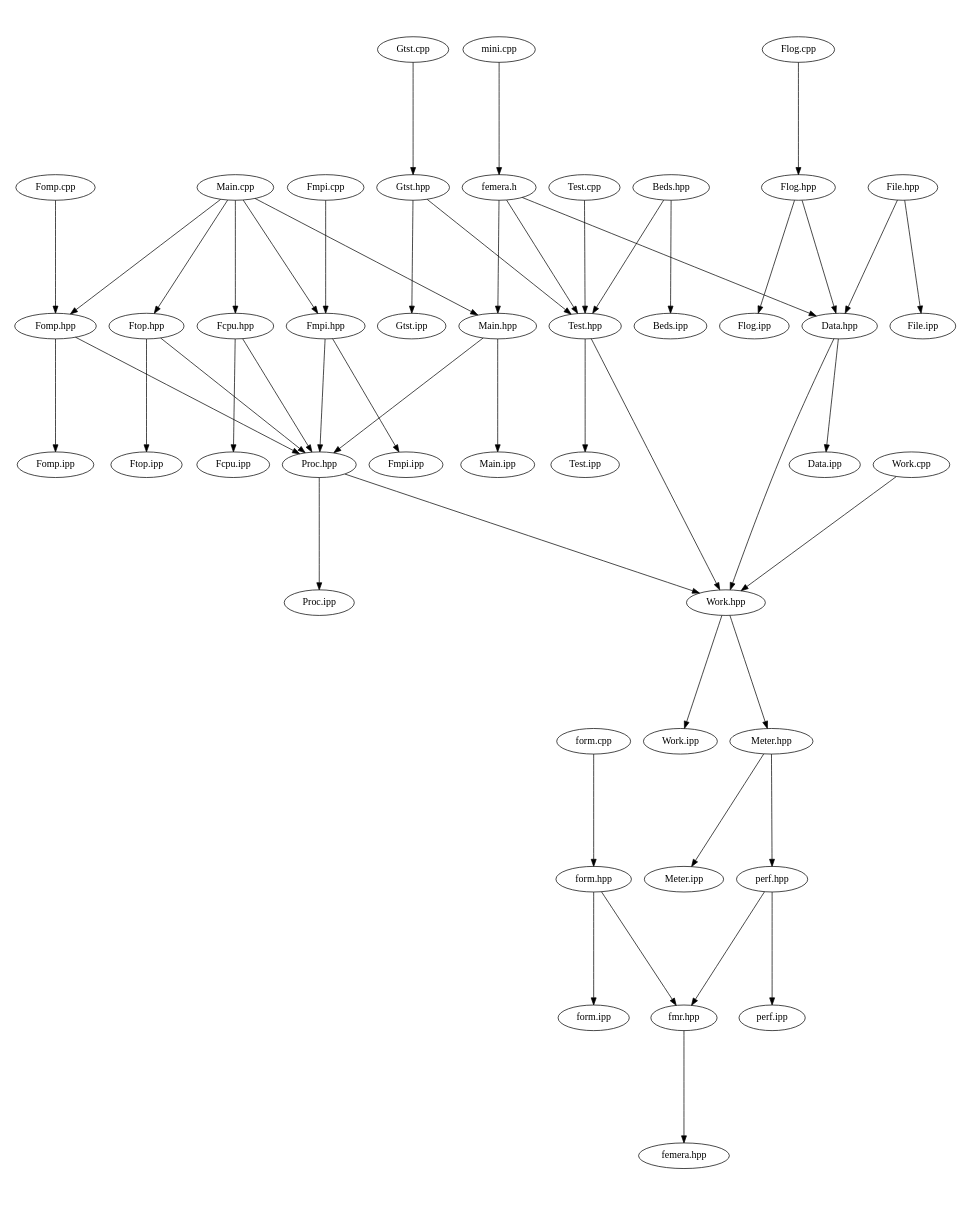
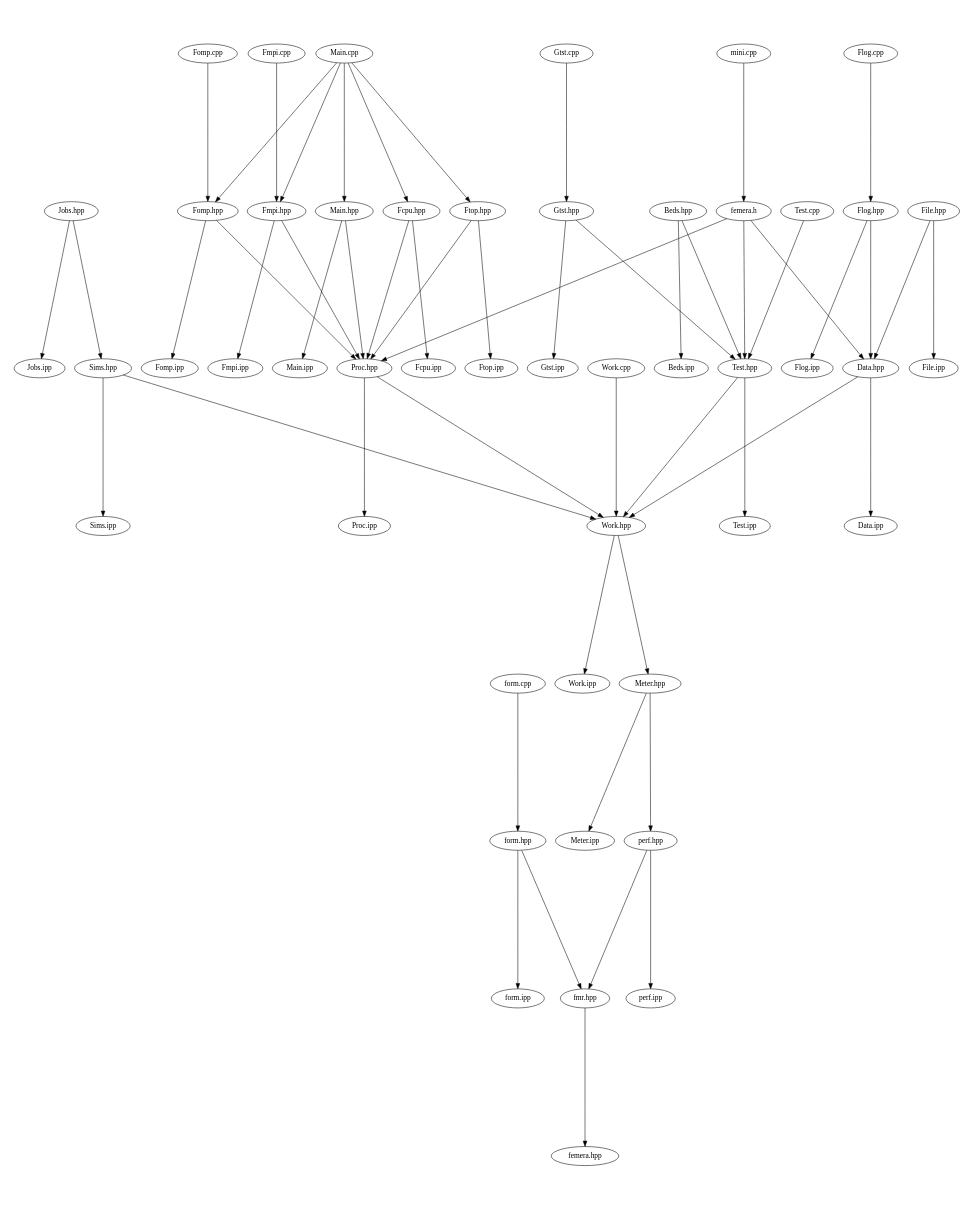
One commit to waggyz/femera-mini-app changed the diagram in src/docs/src-notest.dot. Above: the diagram before and after it, drawn with Graphviz. The commit also changed 12 other files, not shown here.

Commit message:
added femera::Sims and femera::sims/Jobs...

```diff
--- a/src/docs/src-notest.dot
+++ b/src/docs/src-notest.dot
@@ -1,57 +1,61 @@
 digraph "source tree" {
     overlap=scale;
     size="8,10";
     ratio="fill";
     fontsize="16";
     fontname="Helvetica";
 	clusterrank="local";
 	"Meter.hpp" -> "perf.hpp"
 	"Main.cpp" -> "Fomp.hpp"
-	"femera.h" -> "Main.hpp"
+	"Sims.hpp" -> "Work.hpp"
 	"Fmpi.hpp" -> "Fmpi.ipp"
+	"Sims.hpp" -> "Sims.ipp"
+	"Jobs.hpp" -> "Jobs.ipp"
 	"Fomp.cpp" -> "Fomp.hpp"
 	"Main.cpp" -> "Main.hpp"
 	"femera.h" -> "Data.hpp"
+	"femera.h" -> "Proc.hpp"
 	"Proc.hpp" -> "Proc.ipp"
 	"Main.cpp" -> "Fmpi.hpp"
 	"Main.cpp" -> "Fcpu.hpp"
 	"Ftop.hpp" -> "Ftop.ipp"
 	"perf.hpp" -> "fmr.hpp"
 	"Data.hpp" -> "Data.ipp"
 	"Work.hpp" -> "Work.ipp"
 	"femera.h" -> "Test.hpp"
 	"Main.cpp" -> "Ftop.hpp"
 	"Fmpi.hpp" -> "Proc.hpp"
 	"Test.hpp" -> "Work.hpp"
 	"form.hpp" -> "form.ipp"
 	"Gtst.cpp" -> "Gtst.hpp"
 	"Fcpu.hpp" -> "Proc.hpp"
 	"Fomp.hpp" -> "Proc.hpp"
 	"Flog.hpp" -> "Data.hpp"
 	"File.hpp" -> "File.ipp"
 	"Meter.hpp" -> "Meter.ipp"
 	"Fomp.hpp" -> "Fomp.ipp"
 	"Gtst.hpp" -> "Gtst.ipp"
 	"form.cpp" -> "form.hpp"
 	"perf.hpp" -> "perf.ipp"
 	"Fmpi.cpp" -> "Fmpi.hpp"
 	"Fcpu.hpp" -> "Fcpu.ipp"
 	"Work.cpp" -> "Work.hpp"
 	"Main.hpp" -> "Main.ipp"
 	"mini.cpp" -> "femera.h"
 	"Test.cpp" -> "Test.hpp"
+	"Jobs.hpp" -> "Sims.hpp"
 	"Ftop.hpp" -> "Proc.hpp"
 	"File.hpp" -> "Data.hpp"
 	"fmr.hpp" -> "femera.hpp"
 	"Beds.hpp" -> "Test.hpp"
 	"Proc.hpp" -> "Work.hpp"
 	"form.hpp" -> "fmr.hpp"
 	"Gtst.hpp" -> "Test.hpp"
 	"Flog.cpp" -> "Flog.hpp"
 	"Data.hpp" -> "Work.hpp"
 	"Beds.hpp" -> "Beds.ipp"
 	"Work.hpp" -> "Meter.hpp"
 	"Main.hpp" -> "Proc.hpp"
 	"Test.hpp" -> "Test.ipp"
 	"Flog.hpp" -> "Flog.ipp"
 }
```
